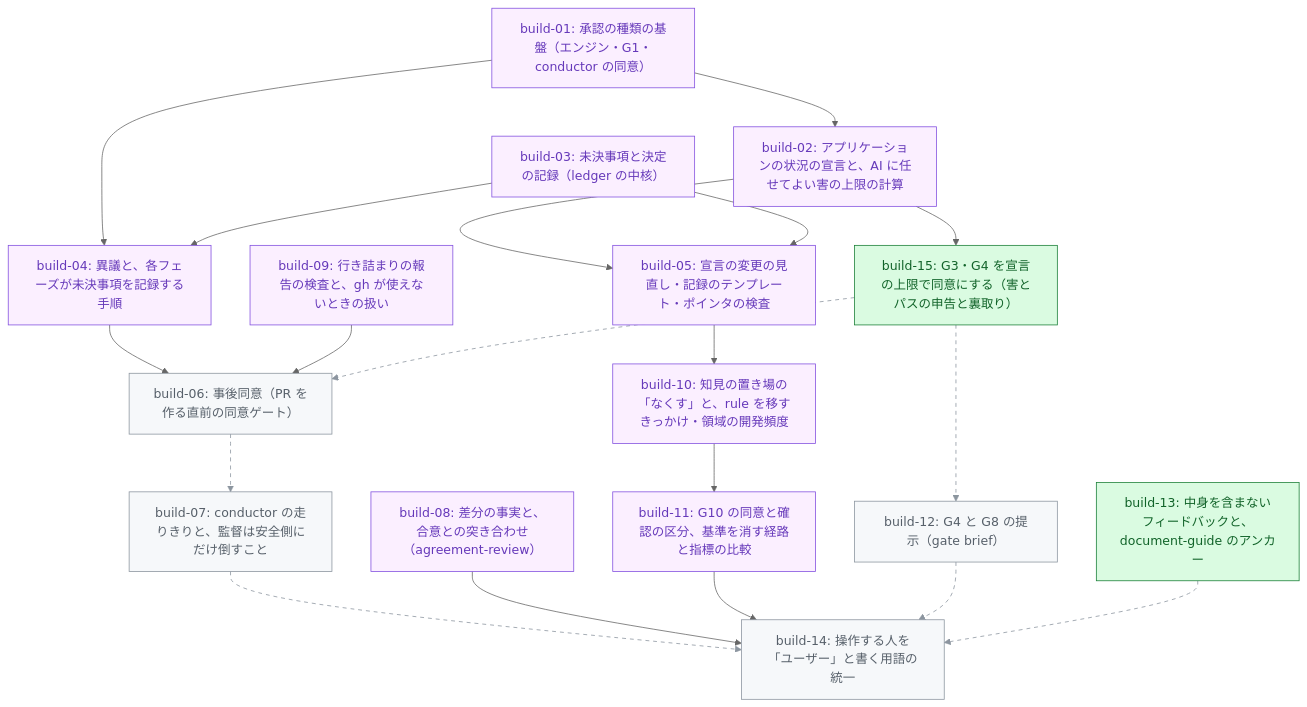
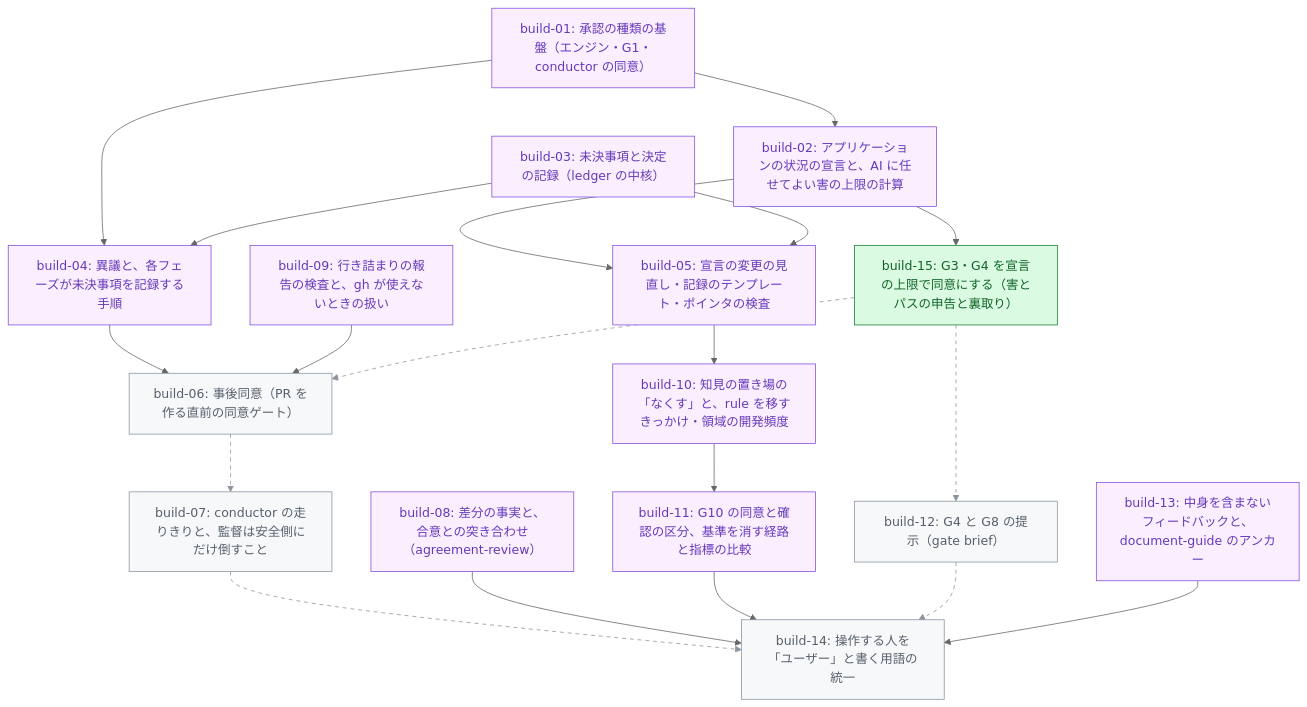
Before and after one commit to tak-solder/hikyaku: the diagram in .hikyaku/cycles/001-v3-core-concepts/tasklist.md, drawn with Mermaid (neutral theme). The commit also changed other lines of this file and 1 other file, not shown here.

Commit message:
build-13: tasklist.md の PR 列を更新（#118）
Claude-Session: https://claude.ai/code/session_01RJieNbZxJTuNKqjvWpTagW

````diff
--- a/.hikyaku/cycles/001-v3-core-concepts/tasklist.md
+++ b/.hikyaku/cycles/001-v3-core-concepts/tasklist.md
@@ -30,43 +30,43 @@
 ```mermaid
 graph TD
   b01["build-01: 承認の種類の基盤（エンジン・G1・conductor の同意）"]
   b02["build-02: アプリケーションの状況の宣言と、AI に任せてよい害の上限の計算"]
   b03["build-03: 未決事項と決定の記録（ledger の中核）"]
   b04["build-04: 異議と、各フェーズが未決事項を記録する手順"]
   b05["build-05: 宣言の変更の見直し・記録のテンプレート・ポインタの検査"]
   b06["build-06: 事後同意（PR を作る直前の同意ゲート）"]
   b07["build-07: conductor の走りきりと、監督は安全側にだけ倒すこと"]
   b08["build-08: 差分の事実と、合意との突き合わせ（agreement-review）"]
   b09["build-09: 行き詰まりの報告の検査と、gh が使えないときの扱い"]
   b10["build-10: 知見の置き場の「なくす」と、rule を移すきっかけ・領域の開発頻度"]
   b11["build-11: G10 の同意と確認の区分、基準を消す経路と指標の比較"]
   b12["build-12: G4 と G8 の提示（gate brief）"]
   b13["build-13: 中身を含まないフィードバックと、document-guide のアンカー"]
   b14["build-14: 操作する人を「ユーザー」と書く用語の統一"]
   b15["build-15: G3・G4 を宣言の上限で同意にする（害とパスの申告と裏取り）"]
   b01 --> b02
   b01 --> b04
   b03 --> b04
   b02 --> b05
   b03 --> b05
   b04 --> b06
   b09 --> b06
   b15 -.-> b06
   b06 -.-> b07
   b05 --> b10
   b10 --> b11
   b15 -.-> b12
   b07 -.-> b14
   b08 --> b14
   b11 --> b14
   b12 -.-> b14
-  b13 -.-> b14
+  b13 --> b14
   b02 --> b15
   classDef merged fill:#fbefff,stroke:#8250df,color:#6639ba
   classDef ready fill:#dafbe1,stroke:#1a7f37,color:#116329
   classDef blocked fill:#f6f8fa,stroke:#8c959f,color:#57606a
-  class b01,b02,b03,b04,b05,b08,b09,b10,b11 merged
-  class b13,b15 ready
+  class b01,b02,b03,b04,b05,b08,b09,b10,b11,b13 merged
+  class b15 ready
   class b06,b07,b12,b14 blocked
-  linkStyle 7,8,11,12,15,16 stroke:#8c959f,stroke-dasharray:5 5
+  linkStyle 7,8,11,12,15 stroke:#8c959f,stroke-dasharray:5 5
 ```
````
